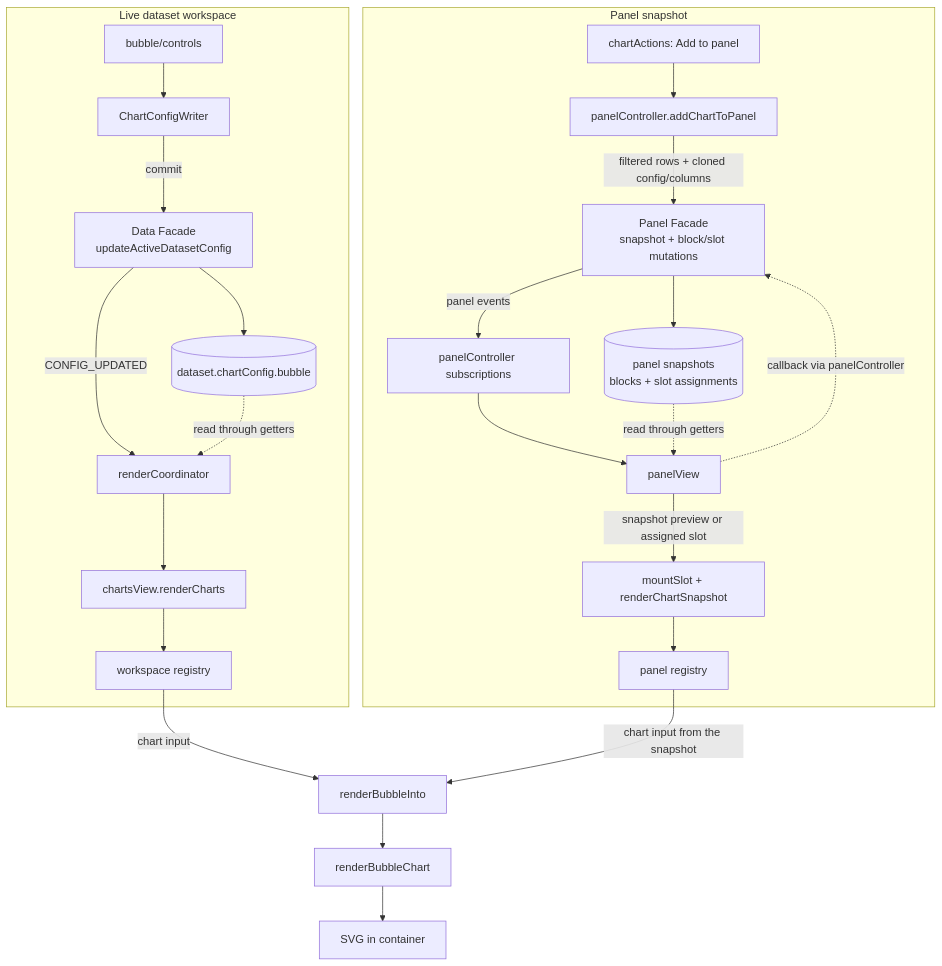
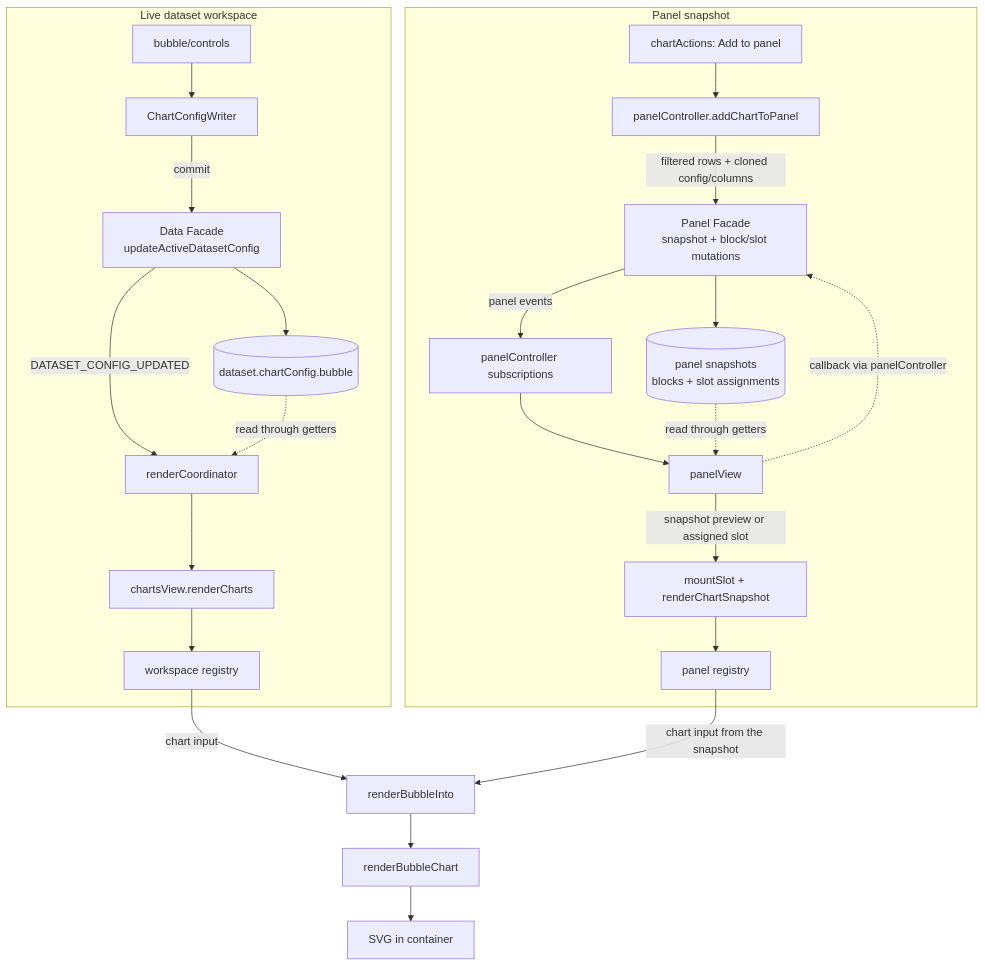
One commit to GabrielInada/CHIVE changed the diagram in docs/development/charts/bubble.md. Above: the diagram before and after it, drawn with Mermaid. The commit also changed 32 other files, not shown here.

````diff
--- a/docs/development/charts/bubble.md
+++ b/docs/development/charts/bubble.md
@@ -96,29 +96,29 @@
 ```mermaid
 flowchart TB
     subgraph LIVE["Live dataset workspace"]
         CONTROLS["bubble/controls"] --> WRITER["ChartConfigWriter"]
         WRITER -- commit --> DFACADE["Data Facade<br/>updateActiveDatasetConfig"]
         DFACADE --> DSTATE[("dataset.chartConfig.bubble")]
-        DFACADE -- CONFIG_UPDATED --> COORD["renderCoordinator"]
+        DFACADE -- DATASET_CONFIG_UPDATED --> COORD["renderCoordinator"]
         DSTATE -. read through getters .-> COORD
         COORD --> CHARTSVIEW["chartsView.renderCharts"]
         CHARTSVIEW --> WREG["workspace registry"]
     end
 
     subgraph SAVED["Panel snapshot"]
         ACTION["chartActions: Add to panel"] --> PCAPTURE["panelController.addChartToPanel"]
         PCAPTURE -- filtered rows + cloned config/columns --> PFACADE["Panel Facade<br/>snapshot + block/slot mutations"]
         PFACADE --> PSTATE[("panel snapshots<br/>blocks + slot assignments")]
         PFACADE -- panel events --> PSUB["panelController subscriptions"]
         PSUB --> PVIEW["panelView"]
         PSTATE -. read through getters .-> PVIEW
         PVIEW -. callback via panelController .-> PFACADE
         PVIEW -- snapshot preview or assigned slot --> MOUNT["mountSlot + renderChartSnapshot"]
         MOUNT --> PREG["panel registry"]
     end
 
     WREG -- chart input --> PRESENT["renderBubbleInto"]
     PREG -- chart input from the snapshot --> PRESENT
     PRESENT --> RENDERER["renderBubbleChart"]
     RENDERER --> OUTPUT["SVG in container"]
 ```
````
